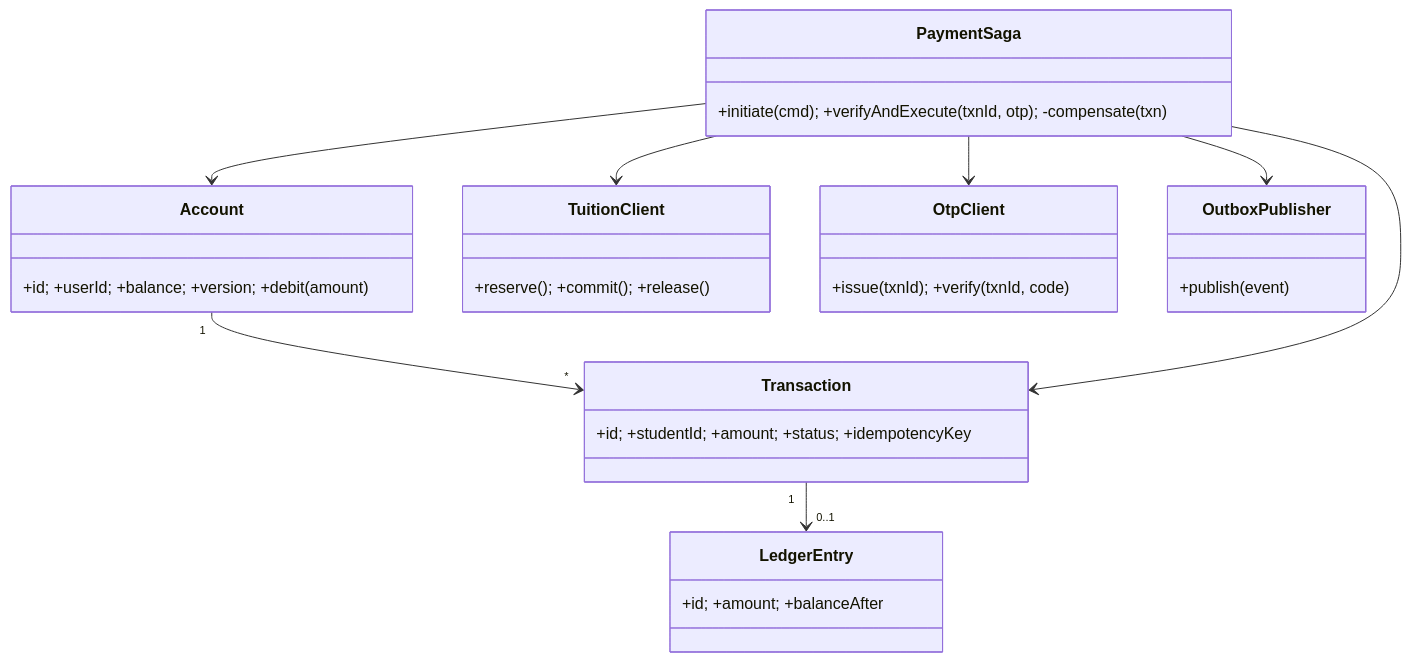
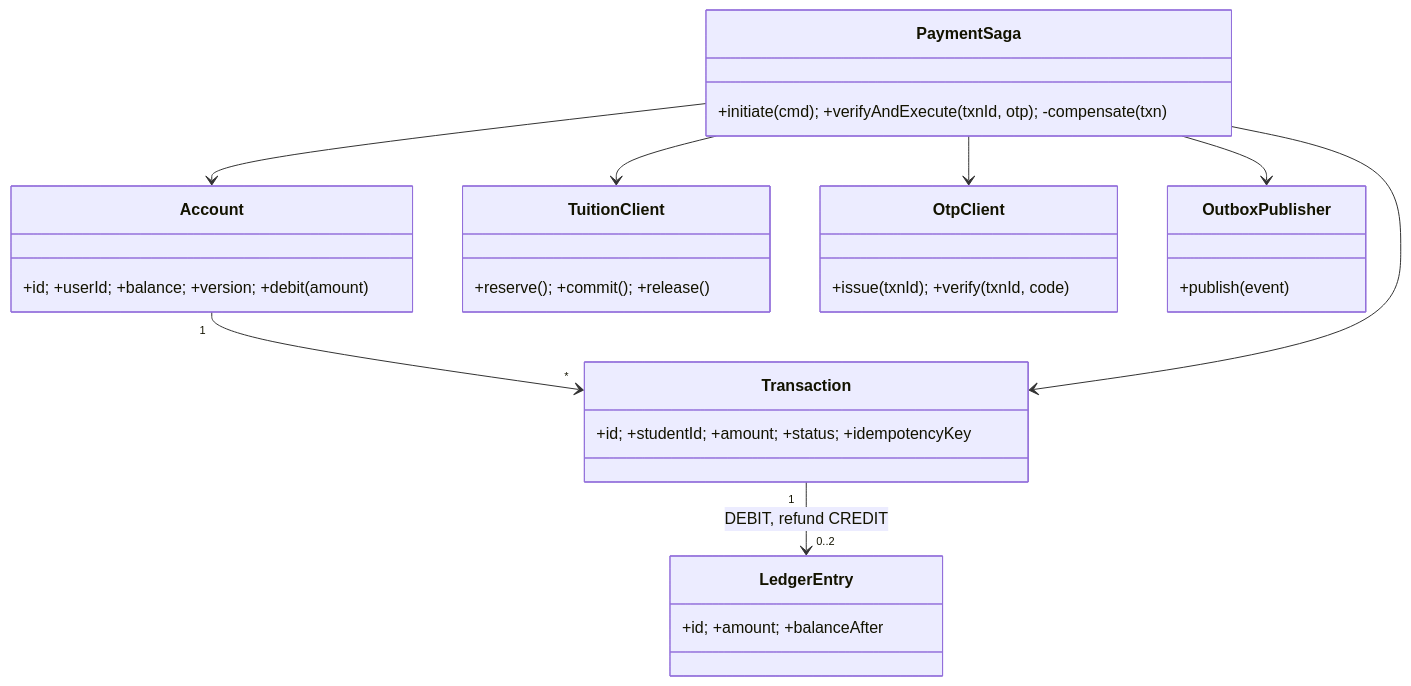
The diagram in docs/diagrams/class.mmd (JamesJoys-vie/Project), drawn with Mermaid before and after one commit. The commit also changed 3 other files, not shown here.

Commit message:
Committed diagrams from the project

```diff
--- a/docs/diagrams/class.mmd
+++ b/docs/diagrams/class.mmd
@@ -1,15 +1,15 @@
 classDiagram
   class Account { +id; +userId; +balance; +version; +debit(amount) }
   class Transaction { +id; +studentId; +amount; +status; +idempotencyKey }
   class LedgerEntry { +id; +amount; +balanceAfter }
   class PaymentSaga { +initiate(cmd); +verifyAndExecute(txnId, otp); -compensate(txn) }
   class TuitionClient { +reserve(); +commit(); +release() }
   class OtpClient { +issue(txnId); +verify(txnId, code) }
   class OutboxPublisher { +publish(event) }
   Account "1" --> "*" Transaction
-  Transaction "1" --> "0..1" LedgerEntry
+  Transaction "1" --> "0..2" LedgerEntry : DEBIT, refund CREDIT
   PaymentSaga --> Account
   PaymentSaga --> Transaction
   PaymentSaga --> TuitionClient
   PaymentSaga --> OtpClient
   PaymentSaga --> OutboxPublisher
```
